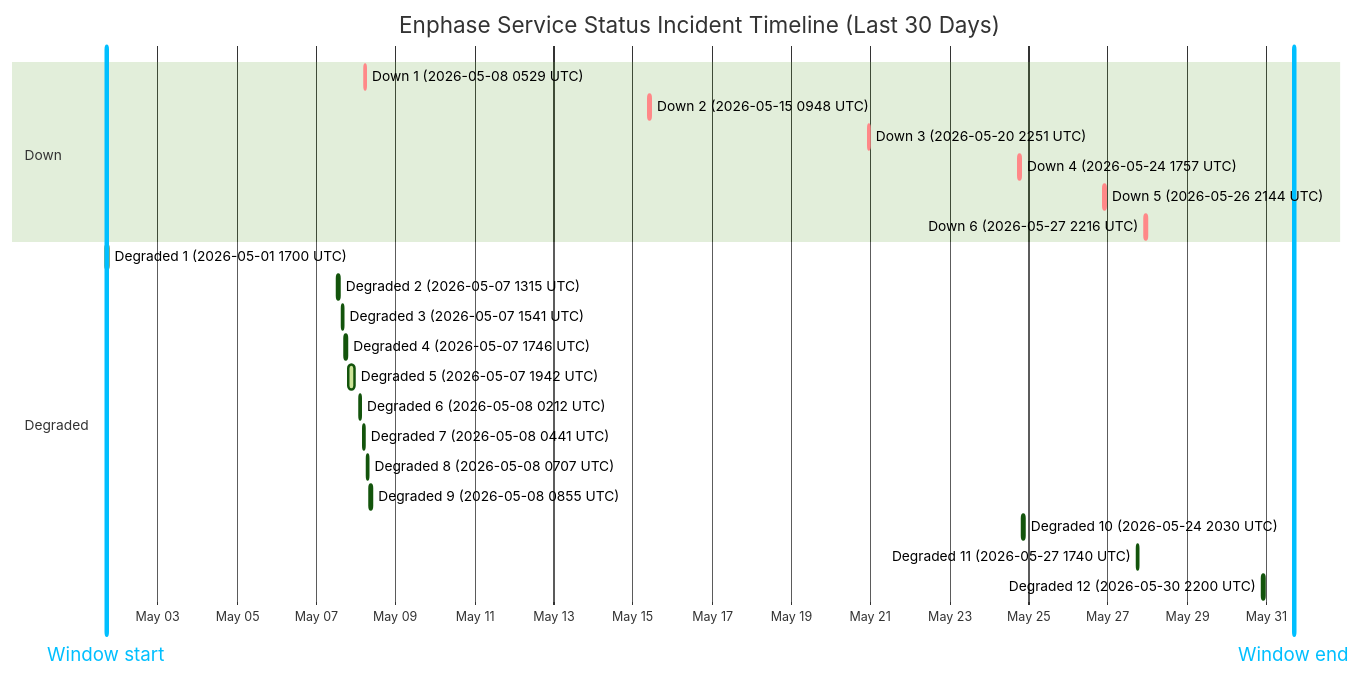
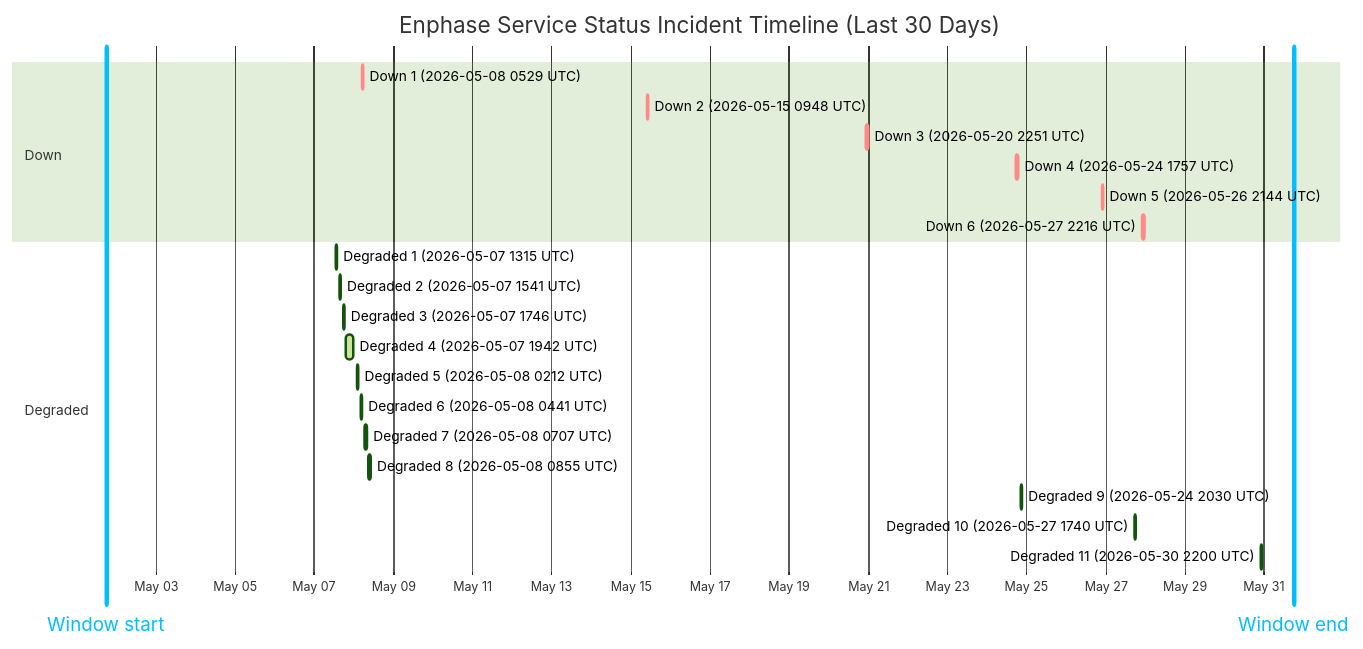
One commit to barneyonline/ha-enphase-ev-charger changed the diagram in wiki/Service-Status-History.md. Above: the diagram before and after it, drawn with Mermaid (forest theme). The commit also changed other lines of this file and 3 other files, not shown here.

````diff
--- a/wiki/Service-Status-History.md
+++ b/wiki/Service-Status-History.md
@@ -14,28 +14,27 @@
 ```mermaid
 gantt
     title Enphase Service Status Incident Timeline (Last 30 Days)
     dateFormat  YYYY-MM-DDTHH:mm:ss
     axisFormat  %b %d
-    Window start :vert, window-start, 2026-05-01T16:40:25, 0ms
-    Window end :vert, window-end, 2026-05-31T16:40:25, 0ms
+    Window start :vert, window-start, 2026-05-01T18:00:50, 0ms
+    Window end :vert, window-end, 2026-05-31T18:00:50, 0ms
     section Down
     Down 1 (2026-05-08 0529 UTC) :crit, down-1, 2026-05-08T05:29:47, 60m
     Down 2 (2026-05-15 0948 UTC) :crit, down-2, 2026-05-15T09:48:18, 60m
     Down 3 (2026-05-20 2251 UTC) :crit, down-3, 2026-05-20T22:51:14, 75m
     Down 4 (2026-05-24 1757 UTC) :crit, down-4, 2026-05-24T17:57:41, 86m
     Down 5 (2026-05-26 2144 UTC) :crit, down-5, 2026-05-26T21:44:11, 85m
     Down 6 (2026-05-27 2216 UTC) :crit, down-6, 2026-05-27T22:16:53, 87m
     section Degraded
-    Degraded 1 (2026-05-01 1700 UTC) :active, degraded-1, 2026-05-01T17:00:22, 60m
-    Degraded 2 (2026-05-07 1315 UTC) :active, degraded-2, 2026-05-07T13:15:25, 60m
-    Degraded 3 (2026-05-07 1541 UTC) :active, degraded-3, 2026-05-07T15:41:58, 60m
-    Degraded 4 (2026-05-07 1746 UTC) :active, degraded-4, 2026-05-07T17:46:51, 60m
-    Degraded 5 (2026-05-07 1942 UTC) :active, degraded-5, 2026-05-07T19:42:10, 249m
-    Degraded 6 (2026-05-08 0212 UTC) :active, degraded-6, 2026-05-08T02:12:39, 60m
-    Degraded 7 (2026-05-08 0441 UTC) :active, degraded-7, 2026-05-08T04:41:46, 60m
-    Degraded 8 (2026-05-08 0707 UTC) :active, degraded-8, 2026-05-08T07:07:30, 60m
-    Degraded 9 (2026-05-08 0855 UTC) :active, degraded-9, 2026-05-08T08:55:20, 88m
-    Degraded 10 (2026-05-24 2030 UTC) :active, degraded-10, 2026-05-24T20:30:57, 84m
-    Degraded 11 (2026-05-27 1740 UTC) :active, degraded-11, 2026-05-27T17:40:52, 60m
-    Degraded 12 (2026-05-30 2200 UTC) :active, degraded-12, 2026-05-30T22:00:37, 60m
+    Degraded 1 (2026-05-07 1315 UTC) :active, degraded-1, 2026-05-07T13:15:25, 60m
+    Degraded 2 (2026-05-07 1541 UTC) :active, degraded-2, 2026-05-07T15:41:58, 60m
+    Degraded 3 (2026-05-07 1746 UTC) :active, degraded-3, 2026-05-07T17:46:51, 60m
+    Degraded 4 (2026-05-07 1942 UTC) :active, degraded-4, 2026-05-07T19:42:10, 249m
+    Degraded 5 (2026-05-08 0212 UTC) :active, degraded-5, 2026-05-08T02:12:39, 60m
+    Degraded 6 (2026-05-08 0441 UTC) :active, degraded-6, 2026-05-08T04:41:46, 60m
+    Degraded 7 (2026-05-08 0707 UTC) :active, degraded-7, 2026-05-08T07:07:30, 60m
+    Degraded 8 (2026-05-08 0855 UTC) :active, degraded-8, 2026-05-08T08:55:20, 88m
+    Degraded 9 (2026-05-24 2030 UTC) :active, degraded-9, 2026-05-24T20:30:57, 84m
+    Degraded 10 (2026-05-27 1740 UTC) :active, degraded-10, 2026-05-27T17:40:52, 60m
+    Degraded 11 (2026-05-30 2200 UTC) :active, degraded-11, 2026-05-30T22:00:37, 60m
 ```
````
